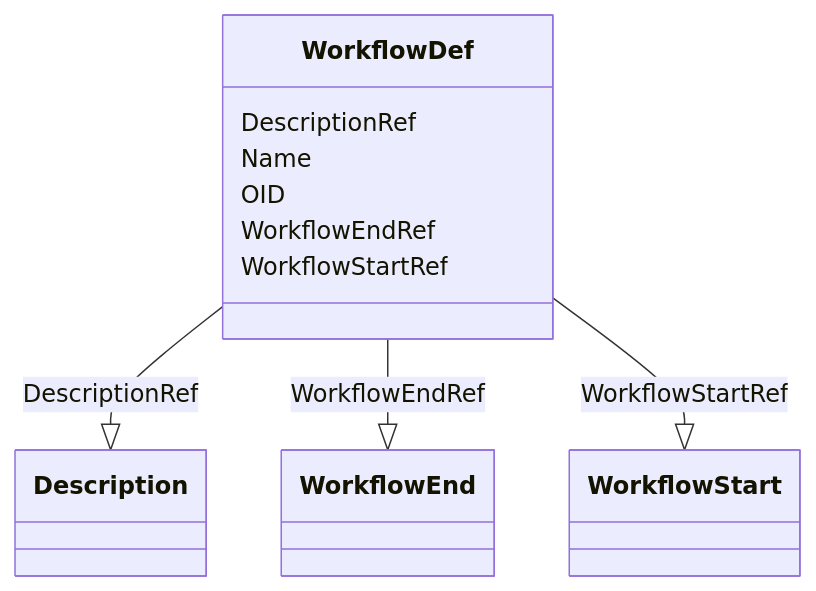
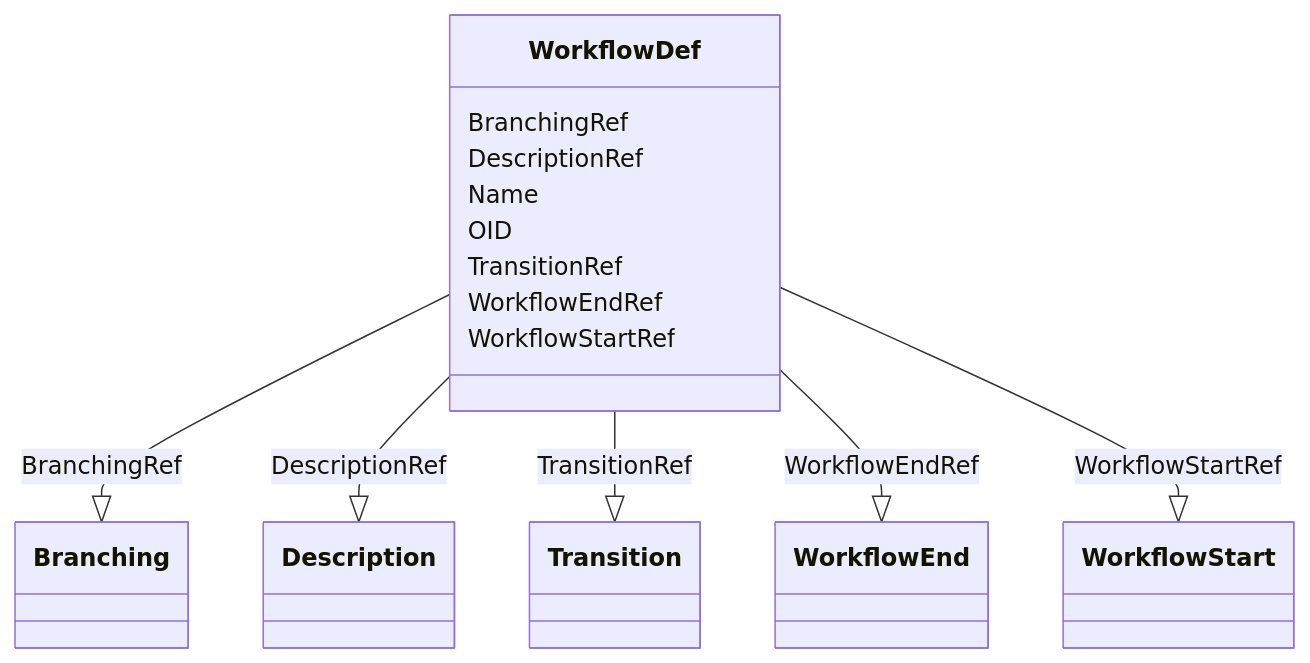
Before and after one commit to cdisc-org/DataExchange-ODM-LinkML: the diagram in docs/WorkflowDef.md, drawn with Mermaid. The commit also changed other lines of this file and 398 other files, not shown here.

Commit message:
refreshing for latest updates to schema

````diff
--- a/docs/WorkflowDef.md
+++ b/docs/WorkflowDef.md
@@ -9,21 +9,29 @@
 ```mermaid
  classDiagram
     class WorkflowDef
+      WorkflowDef : BranchingRef
+        
+          WorkflowDef --|> Branching : BranchingRef
+        
       WorkflowDef : DescriptionRef
         
           WorkflowDef --|> Description : DescriptionRef
         
       WorkflowDef : Name
         
       WorkflowDef : OID
+        
+      WorkflowDef : TransitionRef
+        
+          WorkflowDef --|> Transition : TransitionRef
         
       WorkflowDef : WorkflowEndRef
         
           WorkflowDef --|> WorkflowEnd : WorkflowEndRef
         
       WorkflowDef : WorkflowStartRef
         
           WorkflowDef --|> WorkflowStart : WorkflowStartRef
         
       
 ```
````
